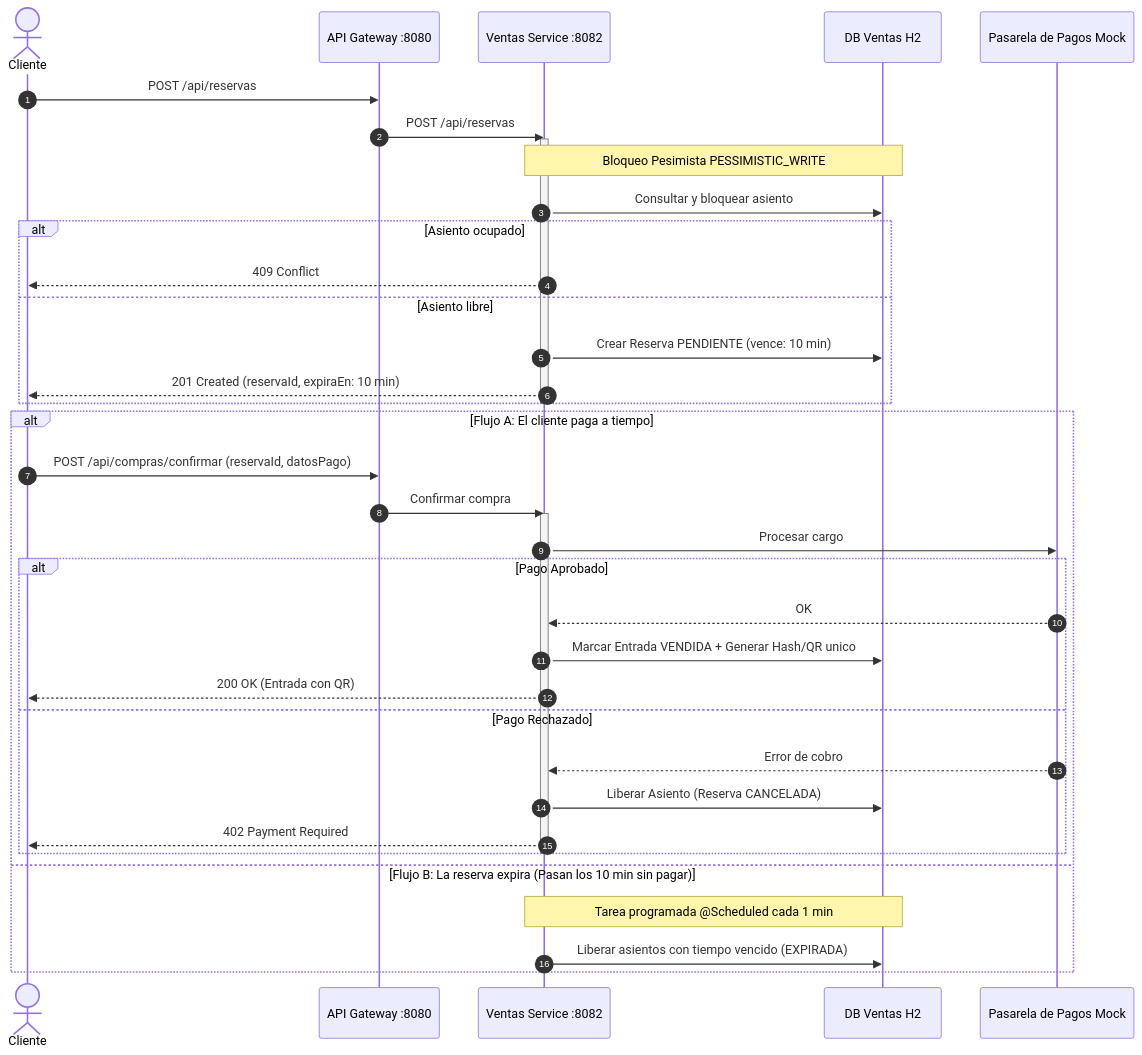
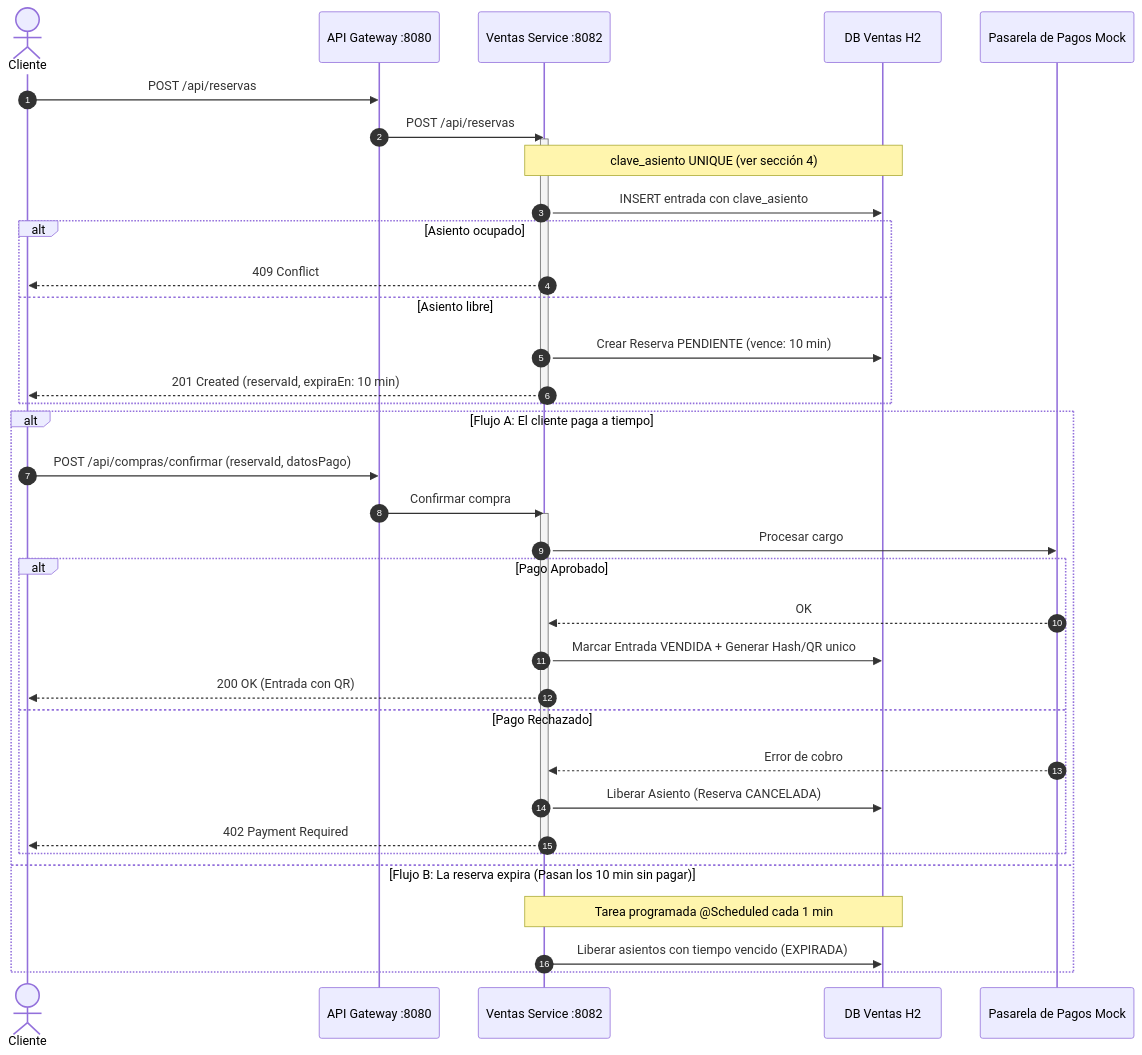
The second of 3 diagrams in docs/arquitectura.md (BrandonPenna/GrupoArqui), drawn with Mermaid before and after one commit. The commit also changed other lines of this file and 13 other files, not shown here.

````diff
--- a/docs/arquitectura.md
+++ b/docs/arquitectura.md
@@ -28,45 +28,45 @@
 ```mermaid
 sequenceDiagram
     autonumber
     actor Cliente
     participant Gateway as API Gateway :8080
     participant Ventas as Ventas Service :8082
     participant DB as DB Ventas H2
     participant Pagos as Pasarela de Pagos Mock
 
     Cliente->>Gateway: POST /api/reservas
     Gateway->>Ventas: POST /api/reservas
     
     activate Ventas
-    Note over Ventas,DB: Bloqueo Pesimista PESSIMISTIC_WRITE
-    Ventas->>DB: Consultar y bloquear asiento
+    Note over Ventas,DB: clave_asiento UNIQUE (ver sección 4)
+    Ventas->>DB: INSERT entrada con clave_asiento
     
     alt Asiento ocupado
         Ventas-->>Cliente: 409 Conflict
     else Asiento libre
         Ventas->>DB: Crear Reserva PENDIENTE (vence: 10 min)
         Ventas-->>Cliente: 201 Created (reservaId, expiraEn: 10 min)
     end
     deactivate Ventas
 
     alt Flujo A: El cliente paga a tiempo
         Cliente->>Gateway: POST /api/compras/confirmar (reservaId, datosPago)
         Gateway->>Ventas: Confirmar compra
         activate Ventas
         Ventas->>Pagos: Procesar cargo
         alt Pago Aprobado
             Pagos-->>Ventas: OK
             Ventas->>DB: Marcar Entrada VENDIDA + Generar Hash/QR unico
             Ventas-->>Cliente: 200 OK (Entrada con QR)
         else Pago Rechazado
             Pagos-->>Ventas: Error de cobro
             Ventas->>DB: Liberar Asiento (Reserva CANCELADA)
             Ventas-->>Cliente: 402 Payment Required
         end
         deactivate Ventas
 
     else Flujo B: La reserva expira (Pasan los 10 min sin pagar)
         Note over Ventas,DB: Tarea programada @Scheduled cada 1 min
         Ventas->>DB: Liberar asientos con tiempo vencido (EXPIRADA)
     end
 ```
````
